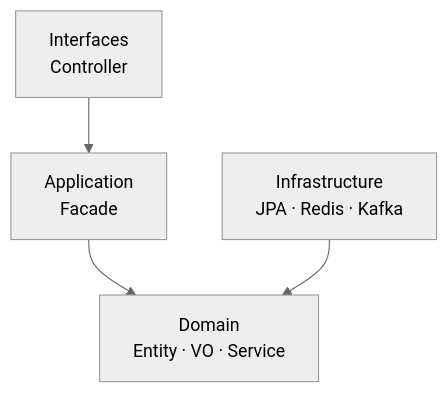
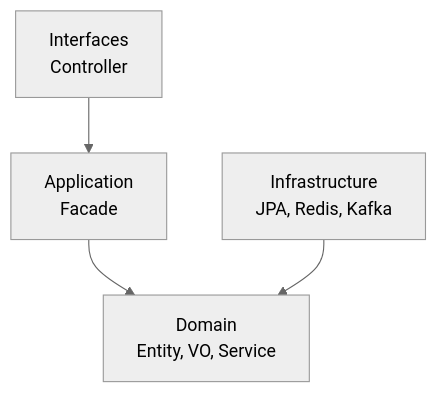
Before and after one commit to Hwasowl/every-dev: the diagram in src/data/content/arch-domain-modeling.md, drawn with Mermaid (neutral theme). The commit also changed other lines of this file and 16 other files, not shown here.

````diff
--- a/src/data/content/arch-domain-modeling.md
+++ b/src/data/content/arch-domain-modeling.md
@@ -52,6 +52,6 @@
 ```mermaid
 flowchart TD
     A["Interfaces<br/>Controller"] --> B["Application<br/>Facade"]
-    B --> C["Domain<br/>Entity · VO · Service"]
-    D["Infrastructure<br/>JPA · Redis · Kafka"] --> C
+    B --> C["Domain<br/>Entity, VO, Service"]
+    D["Infrastructure<br/>JPA, Redis, Kafka"] --> C
 ```
````
